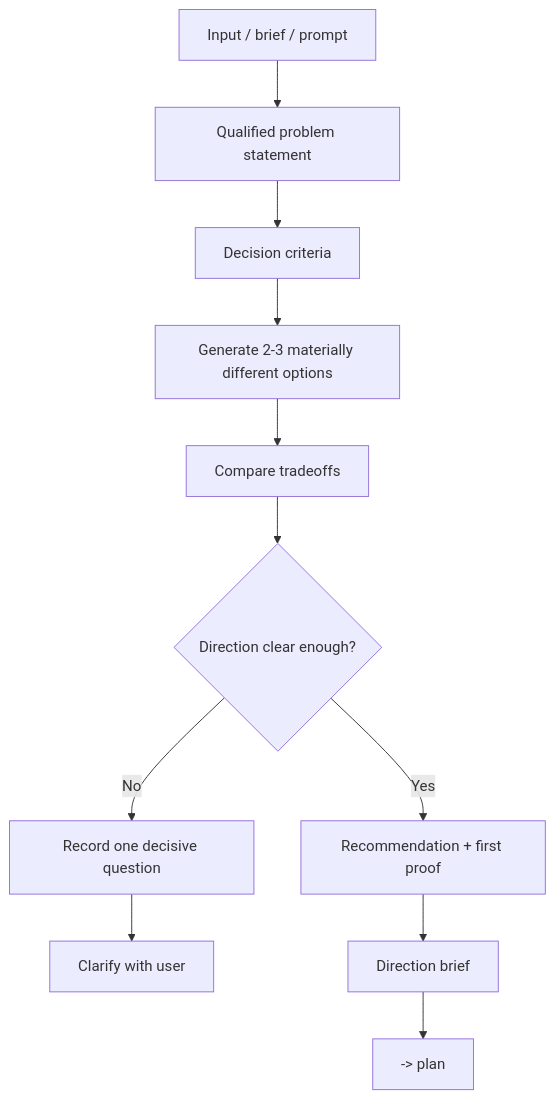
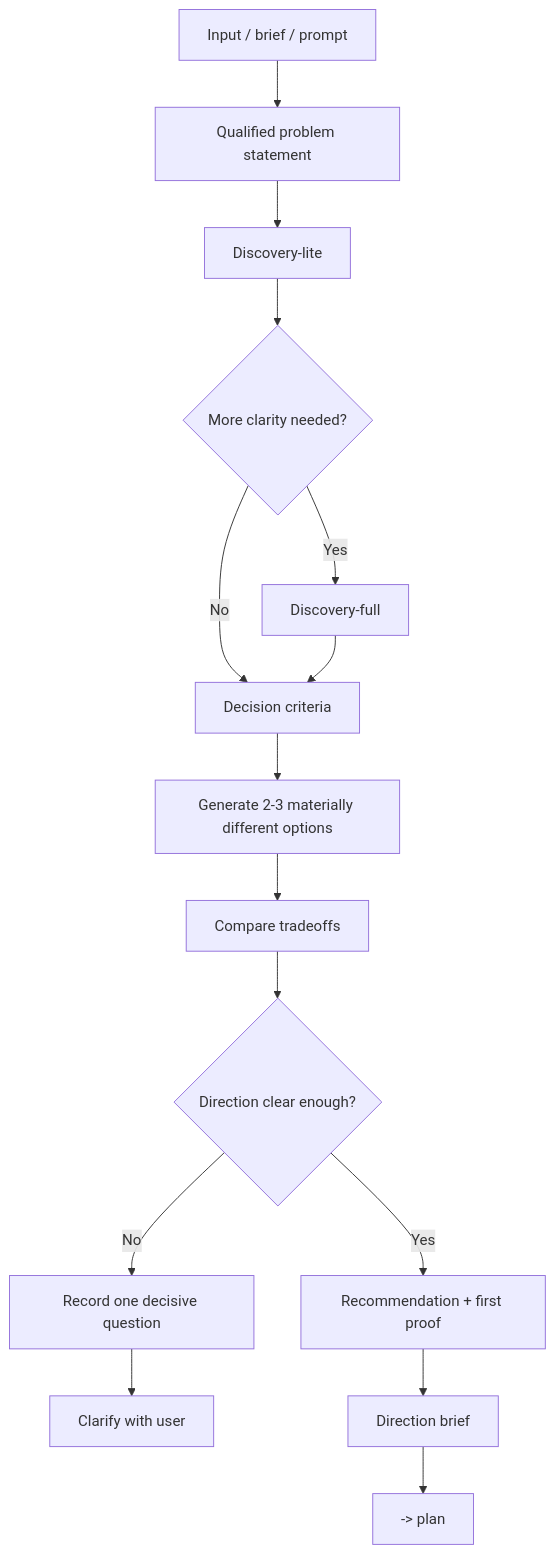
The diagram in packages/forge-core/workflows/design/brainstorm.md (nguyenphat57/forge), drawn with Mermaid before and after one commit. The commit also changed other lines of this file and 1 other file, not shown here.

Commit message:
feat(forge-core): move discovery into brainstorm

````diff
--- a/packages/forge-core/workflows/design/brainstorm.md
+++ b/packages/forge-core/workflows/design/brainstorm.md
@@ -61,13 +63,17 @@
 ```mermaid
 flowchart TD
     A[Input / brief / prompt] --> B[Qualified problem statement]
-    B --> C[Decision criteria]
-    C --> D[Generate 2-3 materially different options]
-    D --> E[Compare tradeoffs]
-    E --> F{Direction clear enough?}
-    F -->|No| G[Record one decisive question]
-    F -->|Yes| H[Recommendation + first proof]
-    G --> I[Clarify with user]
-    H --> J[Direction brief]
-    J --> K[-> plan]
+    B --> C[Discovery-lite]
+    C --> D{More clarity needed?}
+    D -->|Yes| E[Discovery-full]
+    D -->|No| F[Decision criteria]
+    E --> F
+    F --> G[Generate 2-3 materially different options]
+    G --> H[Compare tradeoffs]
+    H --> I{Direction clear enough?}
+    I -->|No| J[Record one decisive question]
+    I -->|Yes| K[Recommendation + first proof]
+    J --> L[Clarify with user]
+    K --> M[Direction brief]
+    M --> N[-> plan]
 ```
````
